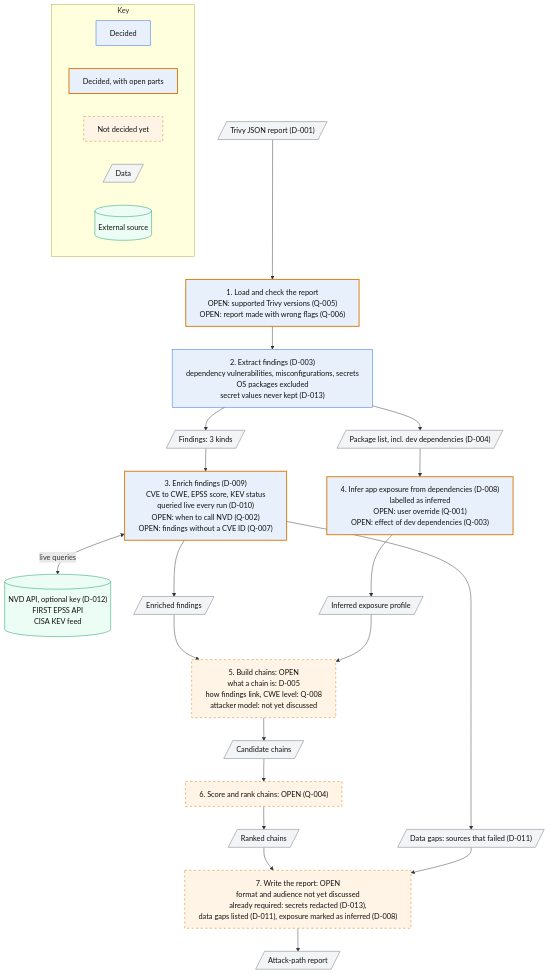
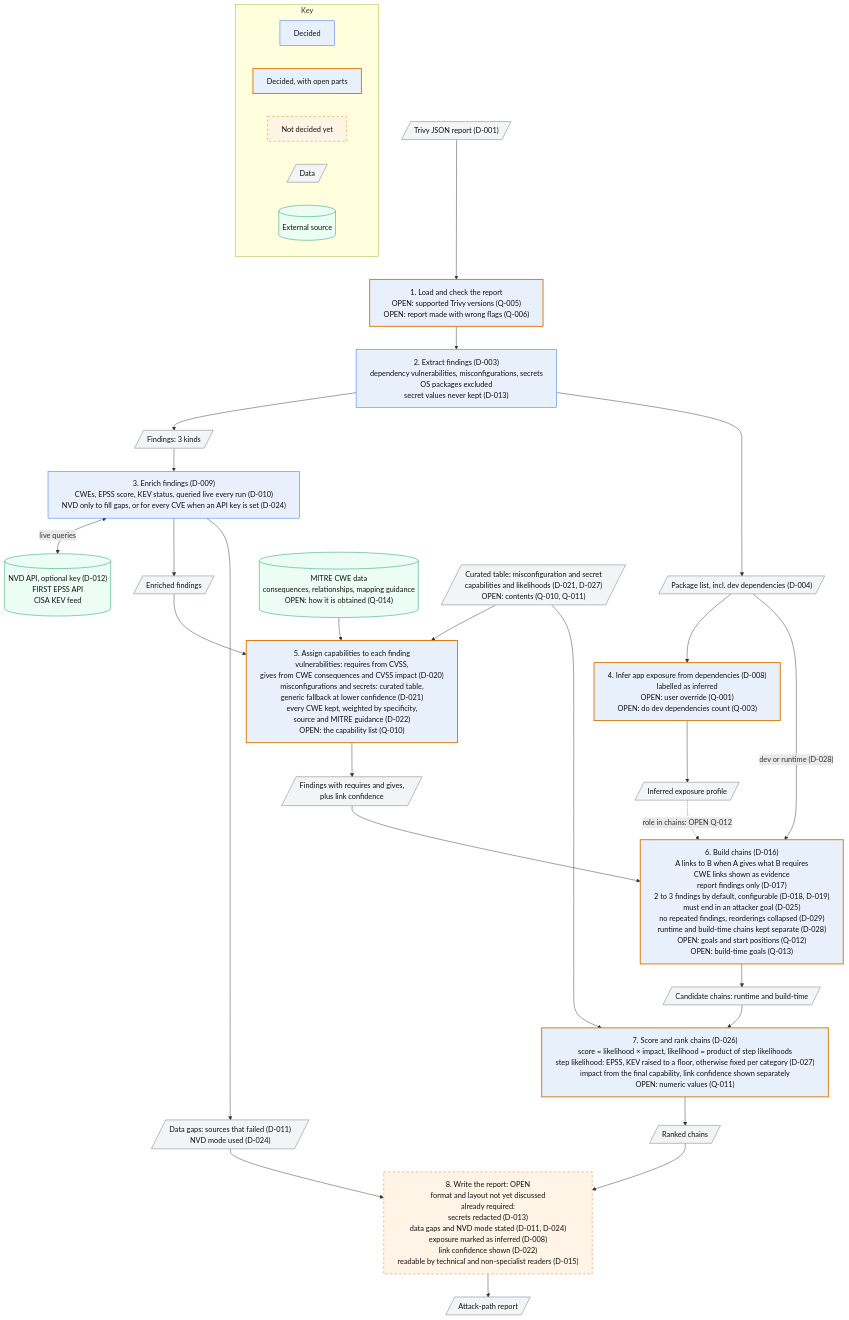
Before and after one commit to jackbowden-ai/open-attack-path: the diagram in docs/planning/diagrams/02-internal-pipeline.md, drawn with Mermaid. The commit also changed other lines of this file and 10 other files, not shown here.

First line of the commit message:
Chain model interview: decisions D-016 to D-029, diagrams updated

````diff
--- a/docs/planning/diagrams/02-internal-pipeline.md
+++ b/docs/planning/diagrams/02-internal-pipeline.md
@@ -5,65 +5,76 @@
 ```mermaid
 ---
 config:
   flowchart:
     wrappingWidth: 600
 ---
 flowchart TB
     in[/"Trivy JSON report (D-001)"/]
 
     s1["1. Load and check the report<br/>OPEN: supported Trivy versions (Q-005)<br/>OPEN: report made with wrong flags (Q-006)"]
     s2["2. Extract findings (D-003)<br/>dependency vulnerabilities, misconfigurations, secrets<br/>OS packages excluded<br/>secret values never kept (D-013)"]
     d2a[/"Findings: 3 kinds"/]
     d2b[/"Package list, incl. dev dependencies (D-004)"/]
 
-    s3["3. Enrich findings (D-009)<br/>CVE to CWE, EPSS score, KEV status<br/>queried live every run (D-010)<br/>OPEN: when to call NVD (Q-002)<br/>OPEN: findings without a CVE ID (Q-007)"]
+    s3["3. Enrich findings (D-009)<br/>CWEs, EPSS score, KEV status, queried live every run (D-010)<br/>NVD only to fill gaps, or for every CVE when an API key is set (D-024)"]
     ext[("NVD API, optional key (D-012)<br/>FIRST EPSS API<br/>CISA KEV feed")]
     d3a[/"Enriched findings"/]
-    d3b[/"Data gaps: sources that failed (D-011)"/]
+    d3b[/"Data gaps: sources that failed (D-011)<br/>NVD mode used (D-024)"/]
 
-    s4["4. Infer app exposure from dependencies (D-008)<br/>labelled as inferred<br/>OPEN: user override (Q-001)<br/>OPEN: effect of dev dependencies (Q-003)"]
+    s4["4. Infer app exposure from dependencies (D-008)<br/>labelled as inferred<br/>OPEN: user override (Q-001)<br/>OPEN: do dev dependencies count (Q-003)"]
     d4[/"Inferred exposure profile"/]
 
-    s5["5. Build chains: OPEN<br/>what a chain is: D-005<br/>how findings link, CWE level: Q-008<br/>attacker model: not yet discussed"]
-    d5[/"Candidate chains"/]
+    s5["5. Assign capabilities to each finding<br/>vulnerabilities: requires from CVSS,<br/>gives from CWE consequences and CVSS impact (D-020)<br/>misconfigurations and secrets: curated table,<br/>generic fallback at lower confidence (D-021)<br/>every CWE kept, weighted by specificity,<br/>source and MITRE guidance (D-022)<br/>OPEN: the capability list (Q-010)"]
+    cwe[("MITRE CWE data<br/>consequences, relationships, mapping guidance<br/>OPEN: how it is obtained (Q-014)")]
+    tbl[/"Curated table: misconfiguration and secret<br/>capabilities and likelihoods (D-021, D-027)<br/>OPEN: contents (Q-010, Q-011)"/]
+    d5[/"Findings with requires and gives,<br/>plus link confidence"/]
 
-    s6["6. Score and rank chains: OPEN (Q-004)"]
-    d6[/"Ranked chains"/]
+    s6["6. Build chains (D-016)<br/>A links to B when A gives what B requires<br/>CWE links shown as evidence<br/>report findings only (D-017)<br/>2 to 3 findings by default, configurable (D-018, D-019)<br/>must end in an attacker goal (D-025)<br/>no repeated findings, reorderings collapsed (D-029)<br/>runtime and build-time chains kept separate (D-028)<br/>OPEN: goals and start positions (Q-012)<br/>OPEN: build-time goals (Q-013)"]
+    d6[/"Candidate chains: runtime and build-time"/]
 
-    s7["7. Write the report: OPEN<br/>format and audience not yet discussed<br/>already required: secrets redacted (D-013),<br/>data gaps listed (D-011), exposure marked as inferred (D-008)"]
+    s7["7. Score and rank chains (D-026)<br/>score = likelihood × impact, likelihood = product of step likelihoods<br/>step likelihood: EPSS, KEV raised to a floor, otherwise fixed per category (D-027)<br/>impact from the final capability, link confidence shown separately<br/>OPEN: numeric values (Q-011)"]
+    d7[/"Ranked chains"/]
+
+    s8["8. Write the report: OPEN<br/>format and layout not yet discussed<br/>already required:<br/>secrets redacted (D-013)<br/>data gaps and NVD mode stated (D-011, D-024)<br/>exposure marked as inferred (D-008)<br/>link confidence shown (D-022)<br/>readable by technical and non-specialist readers (D-015)"]
     out[/"Attack-path report"/]
 
     in --> s1 --> s2
     s2 --> d2a
     s2 --> d2b
     d2a --> s3
     s3 <-->|"live queries"| ext
     s3 --> d3a
     s3 --> d3b
     d2b --> s4 --> d4
     d3a --> s5
-    d4 --> s5
-    s5 --> d5 --> s6 --> d6 --> s7
-    d3b --> s7
-    s7 --> out
+    cwe --> s5
+    tbl --> s5
+    s5 --> d5 --> s6
+    d2b -->|"dev or runtime (D-028)"| s6
+    d4 -.->|"role in chains: OPEN Q-012"| s6
+    s6 --> d6 --> s7
+    tbl --> s7
+    s7 --> d7 --> s8
+    d3b --> s8
+    s8 --> out
 
     subgraph legend["Key"]
         direction LR
         k1["Decided"]
         k2["Decided, with open parts"]
         k3["Not decided yet"]
         k4[/"Data"/]
         k5[("External source")]
     end
 
     classDef decided fill:#e8f1fb,stroke:#2563eb,color:#111
     classDef partial fill:#e8f1fb,stroke:#d97706,stroke-width:2px,color:#111
     classDef open fill:#fff4e5,stroke:#d97706,stroke-dasharray:5 5,color:#111
     classDef data fill:#f3f4f6,stroke:#6b7280,color:#111
     classDef external fill:#ecfdf5,stroke:#059669,color:#111
-    class s2,k1 decided
-    class s1,s3,s4,k2 partial
-    class s5,s6,s7,k3 open
-    class in,d2a,d2b,d3a,d3b,d4,d5,d6,out,k4 data
-    class ext,k5 external
+    class s2,s3,k1 decided
+    class s1,s4,s5,s6,s7,k2 partial
+    class s8,k3 open
+    class in,d2a,d2b,d3a,d3b,d4,d5,d6,d7,out,tbl,k4 data
+    class ext,cwe,k5 external
 ```
````
